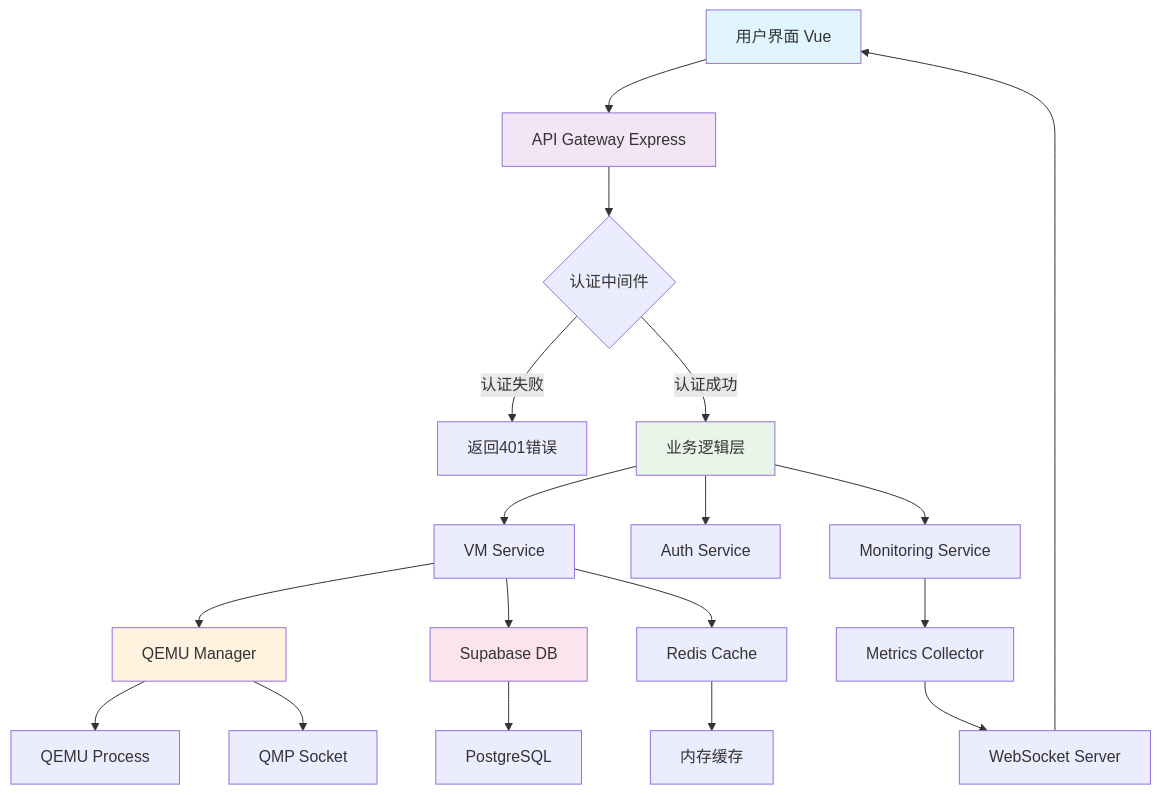
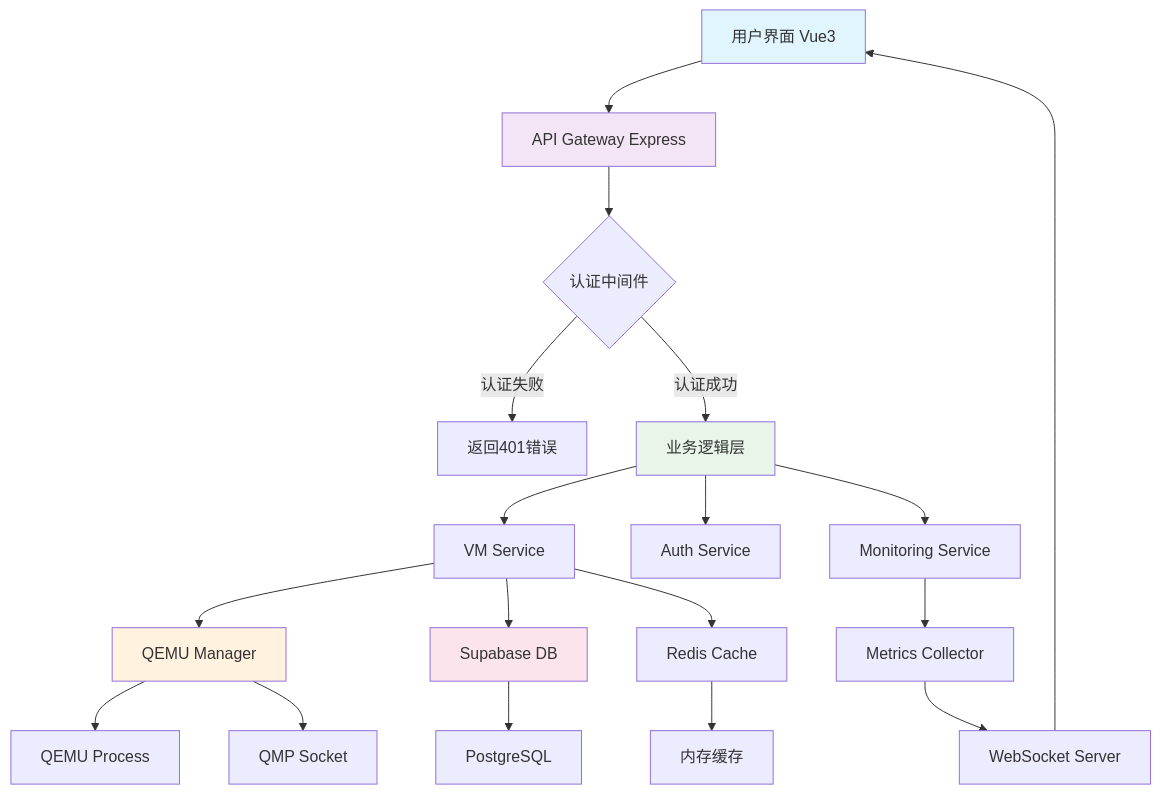
The diagram in docs/development/architecture.md (Kian-404/voidVM), drawn with Mermaid before and after one commit. The commit also changed 14 other files, not shown here.

````diff
--- a/docs/development/architecture.md
+++ b/docs/development/architecture.md
@@ -1290,31 +1290,31 @@
 ```mermaid
 graph TD
-    A[用户界面 Vue] --> B[API Gateway Express]
+    A[用户界面 Vue3] --> B[API Gateway Express]
     B --> C{认证中间件}
     C -->|认证失败| D[返回401错误]
     C -->|认证成功| E[业务逻辑层]
 
     E --> F[VM Service]
     E --> G[Auth Service]
     E --> H[Monitoring Service]
 
     F --> I[QEMU Manager]
     F --> J[Supabase DB]
     F --> K[Redis Cache]
 
     I --> L[QEMU Process]
     I --> M[QMP Socket]
 
     H --> N[Metrics Collector]
     N --> O[WebSocket Server]
     O --> A
 
     J --> P[PostgreSQL]
     K --> Q[内存缓存]
 
     style A fill:#e1f5fe
     style B fill:#f3e5f5
     style E fill:#e8f5e8
     style I fill:#fff3e0
     style J fill:#fce4ec
 ```
````
